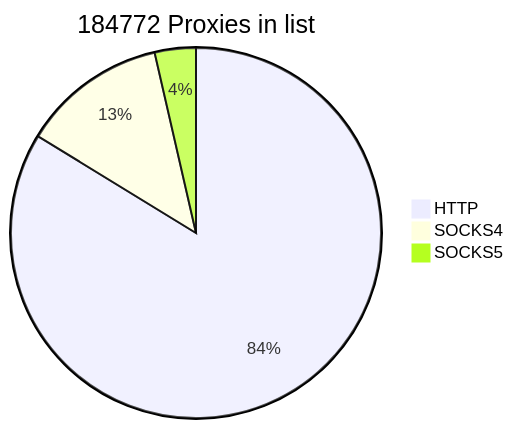
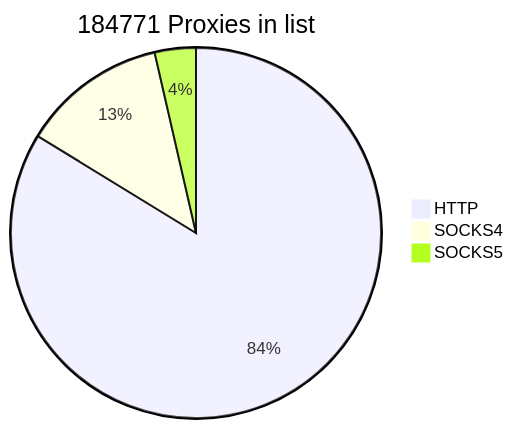
Before and after one commit to cutipu/proxylist: the first of 2 diagrams in README.md, drawn with Mermaid. The commit also changed other lines of this file, not shown here.

````diff
--- a/README.md
+++ b/README.md
@@ -2,7 +2,7 @@
 ```mermaid
-pie title 184772 Proxies in list
+pie title 184771 Proxies in list
     "HTTP" : 154743
-    "SOCKS4" : 23398
-    "SOCKS5" : 6631
+    "SOCKS4" : 23396
+    "SOCKS5" : 6632
             
 ```
````
